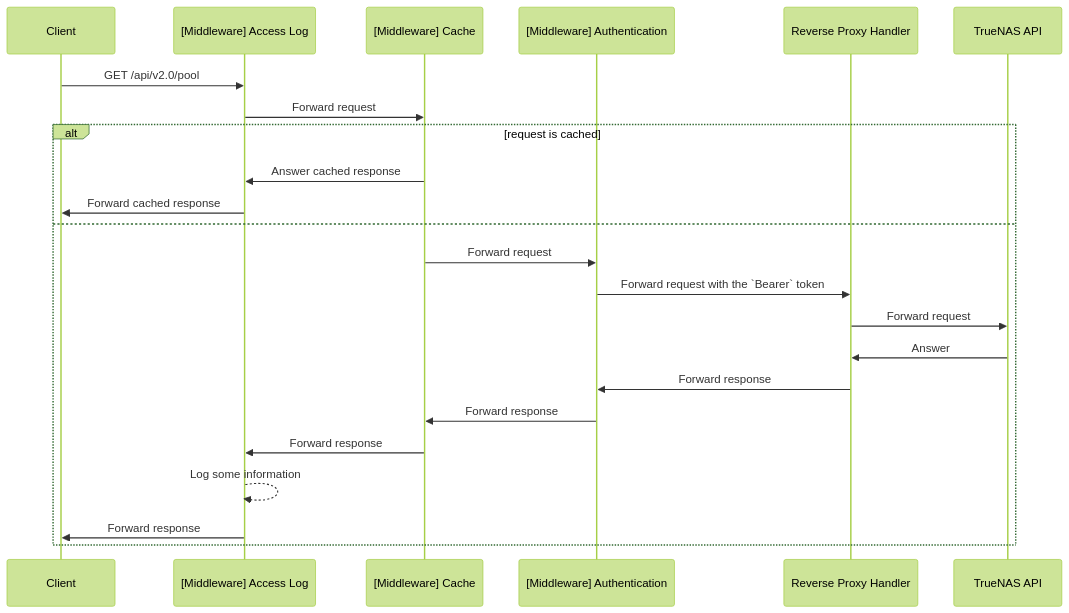
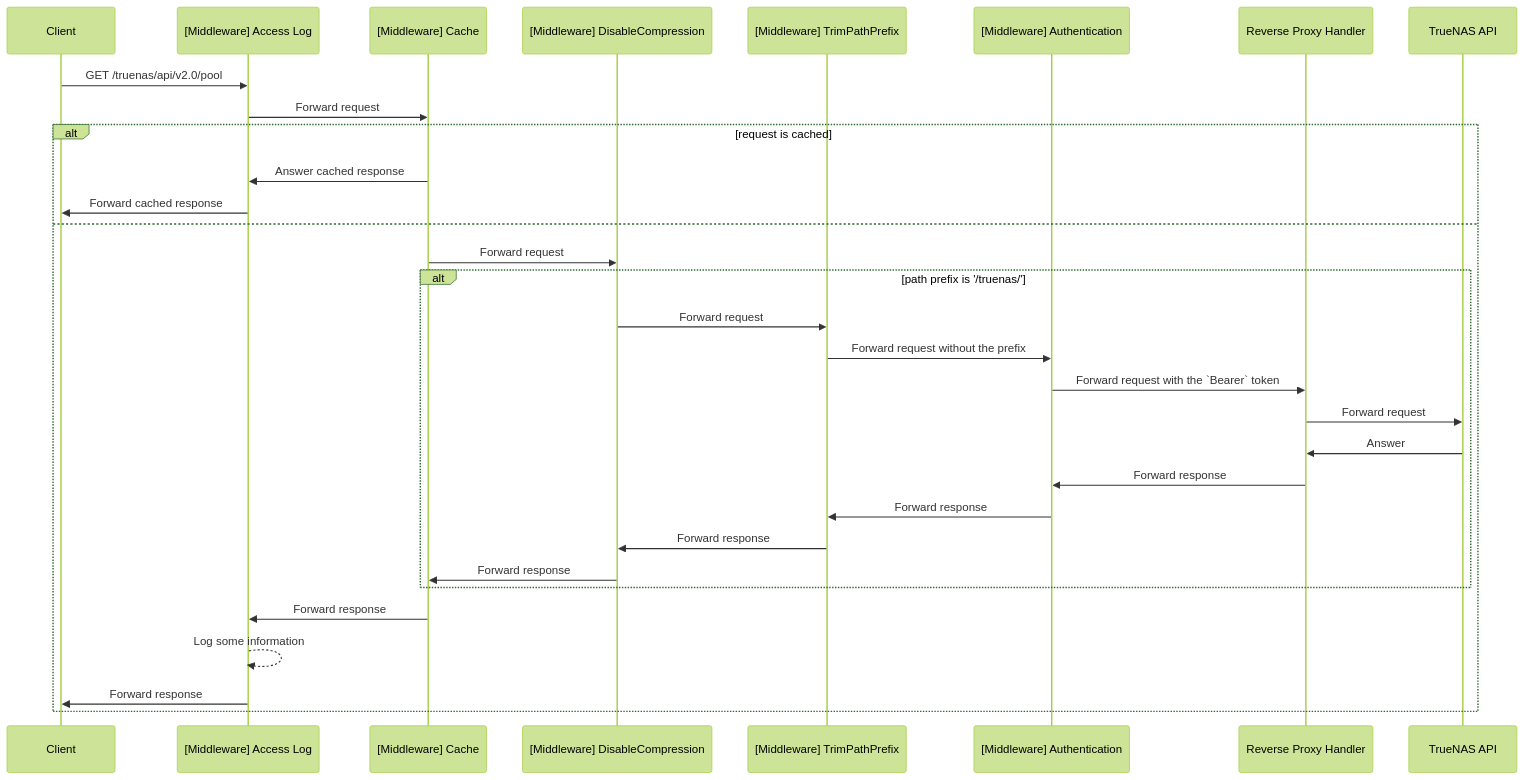
One commit to beluga-cloud/belug-apps changed the diagram in src/api-proxy/README.md. Above: the diagram before and after it, drawn with Mermaid (forest theme). The commit also changed other lines of this file and 1 other file, not shown here.

Commit message:
doc(api-proxy): update proxy documentation

````diff
--- a/src/api-proxy/README.md
+++ b/src/api-proxy/README.md
@@ -164,19 +150,25 @@
 ```mermaid
 sequenceDiagram
-    Client->>[Middleware] Access Log: GET /api/v2.0/pool
+    Client->>[Middleware] Access Log: GET /truenas/api/v2.0/pool
     [Middleware] Access Log->>[Middleware] Cache: Forward request
     alt request is cached
         [Middleware] Cache->>[Middleware] Access Log: Answer cached response
         [Middleware] Access Log->>Client: Forward cached response
     else
-        [Middleware] Cache->>[Middleware] Authentication: Forward request
-        [Middleware] Authentication->>Reverse Proxy Handler: Forward request with the `Bearer` token
-        Reverse Proxy Handler->>TrueNAS API: Forward request
-        TrueNAS API->>Reverse Proxy Handler: Answer
-        Reverse Proxy Handler->>[Middleware] Authentication: Forward response
-        [Middleware] Authentication->>[Middleware] Cache: Forward response
-        [Middleware] Cache->>[Middleware] Access Log: Forward response
-        [Middleware] Access Log-->>[Middleware] Access Log: Log some information
-        [Middleware] Access Log->>Client: Forward response
+        [Middleware] Cache->>[Middleware] DisableCompression: Forward request
+        alt path prefix is '/truenas/'
+          [Middleware] DisableCompression->>[Middleware] TrimPathPrefix: Forward request
+          [Middleware] TrimPathPrefix->>[Middleware] Authentication: Forward request without the prefix
+          [Middleware] Authentication->>Reverse Proxy Handler: Forward request with the `Bearer` token
+          Reverse Proxy Handler->>TrueNAS API: Forward request
+          TrueNAS API->>Reverse Proxy Handler: Answer
+          Reverse Proxy Handler->>[Middleware] Authentication: Forward response
+          [Middleware] Authentication->>[Middleware] TrimPathPrefix: Forward response
+          [Middleware] TrimPathPrefix->>[Middleware] DisableCompression: Forward response
+          [Middleware] DisableCompression->>[Middleware] Cache: Forward response
+      end
+      [Middleware] Cache->>[Middleware] Access Log: Forward response
+      [Middleware] Access Log-->>[Middleware] Access Log: Log some information
+      [Middleware] Access Log->>Client: Forward response
     end
 ```
````
